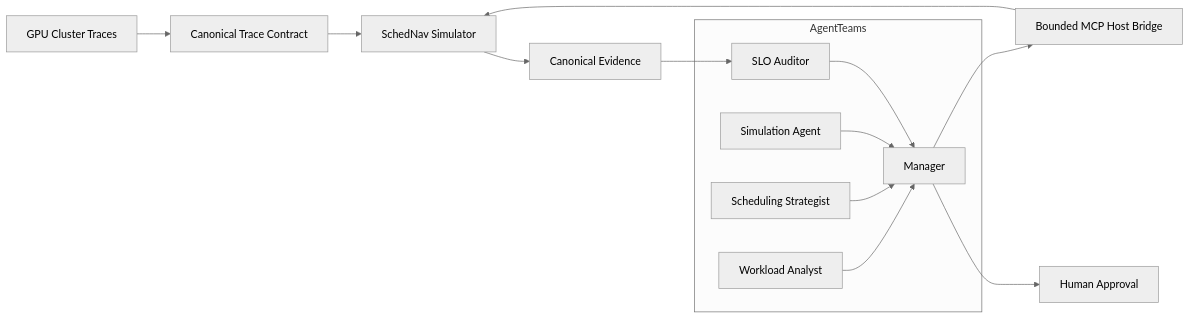
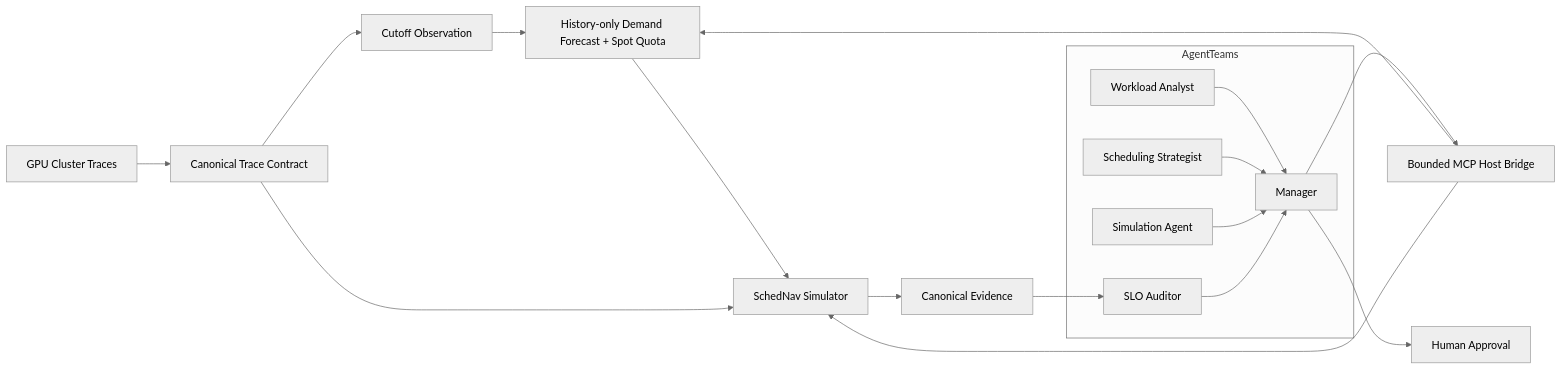
Before and after one commit to Hai-qq/SchedNav: the diagram in README.md, drawn with Mermaid (neutral theme). The commit also changed other lines of this file and 54 other files, not shown here.

````diff
--- a/README.md
+++ b/README.md
@@ -26,23 +27,27 @@
 ```mermaid
 flowchart LR
     D["GPU Cluster Traces"] --> N["Canonical Trace Contract"]
-    N --> E["SchedNav Simulator"]
+    N --> O["Cutoff Observation"]
+    O --> F["History-only Demand Forecast + Spot Quota"]
+    F --> E["SchedNav Simulator"]
+    N --> E
 
     subgraph AT["AgentTeams"]
         W["Workload Analyst"]
         S["Scheduling Strategist"]
         X["Simulation Agent"]
         A["SLO Auditor"]
         M["Manager"]
         W --> M
         S --> M
         X --> M
         A --> M
     end
 
     M --> B["Bounded MCP Host Bridge"]
+    B --> F
     B --> E
     E --> C["Canonical Evidence"]
     C --> A
     M --> H["Human Approval"]
 ```
````
